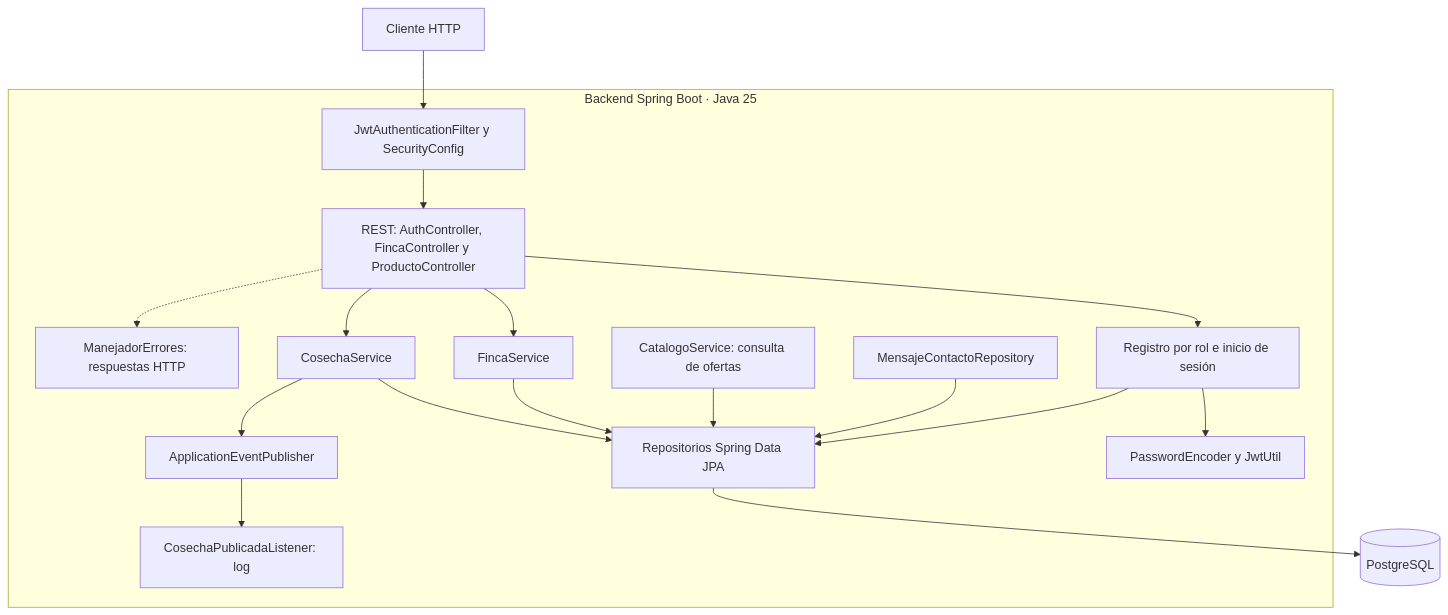
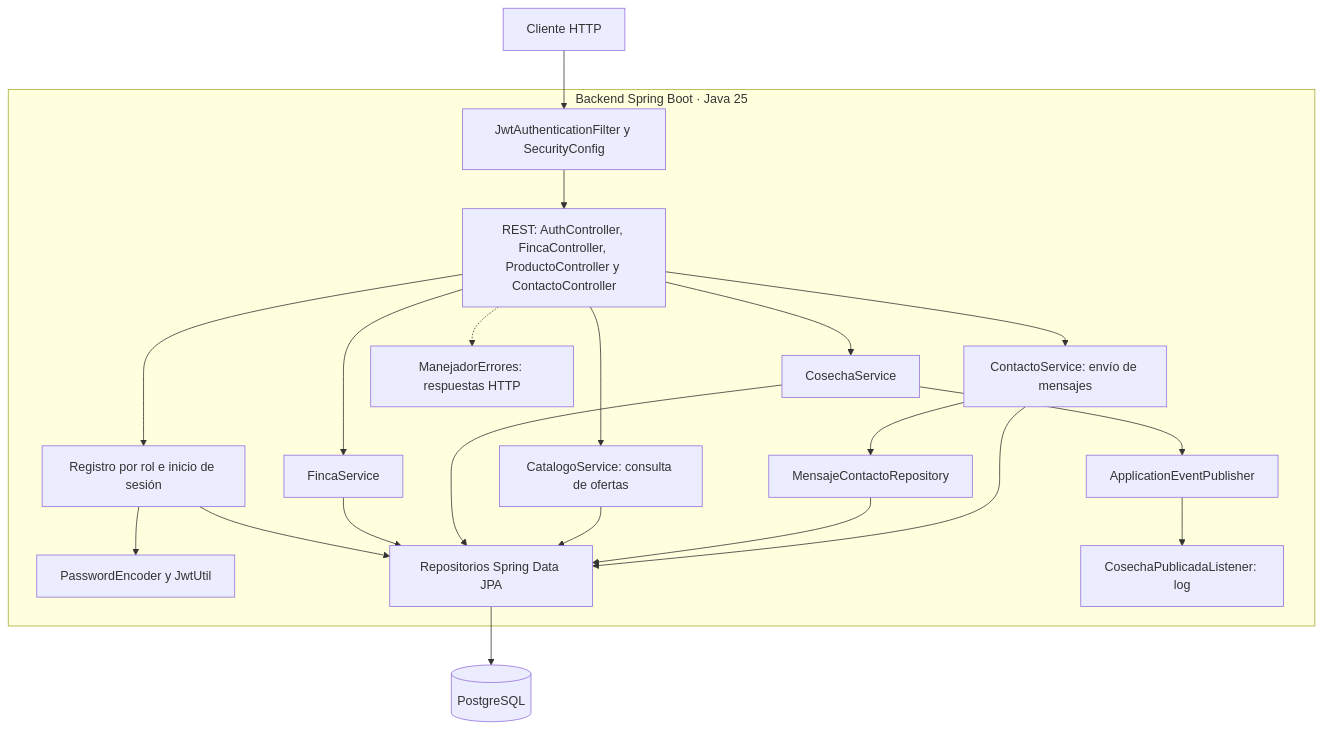
Before and after one commit to Angel-uniajc/AgrovalleConnect: the fourth of 7 diagrams in docs/architecture/diagramas-uml.md, drawn with Mermaid. The commit also changed other lines of this file and 6 other files, not shown here.

````diff
--- a/docs/architecture/diagramas-uml.md
+++ b/docs/architecture/diagramas-uml.md
@@ -133,20 +133,24 @@
 ```mermaid
 flowchart TB
     Cliente["Cliente HTTP"] --> Seguridad["JwtAuthenticationFilter y SecurityConfig"]
     subgraph Backend["Backend Spring Boot · Java 25"]
-        Seguridad --> Controladores["REST: AuthController, FincaController y ProductoController"]
+        Seguridad --> Controladores["REST: AuthController, FincaController, ProductoController y ContactoController"]
         Controladores --> Auth["Registro por rol e inicio de sesión"]
         Controladores --> Fincas["FincaService"]
         Controladores --> Cosechas["CosechaService"]
         Auth --> Credenciales["PasswordEncoder y JwtUtil"]
         Auth --> JPA["Repositorios Spring Data JPA"]
         Fincas --> JPA
         Cosechas --> JPA
         Cosechas --> Eventos["ApplicationEventPublisher"]
         Eventos --> Observer["CosechaPublicadaListener: log"]
-        Catalogo["CatalogoService: consulta de ofertas"] --> JPA
-        Contacto["MensajeContactoRepository"] --> JPA
+        Controladores --> Catalogo["CatalogoService: consulta de ofertas"]
+        Catalogo --> JPA
+        Controladores --> Contacto["ContactoService: envío de mensajes"]
+        Contacto --> ContactoRepo["MensajeContactoRepository"]
+        ContactoRepo --> JPA
+        Contacto --> JPA
         Controladores -.-> Errores["ManejadorErrores: respuestas HTTP"]
     end
     JPA --> DB[("PostgreSQL")]
 ```
````
